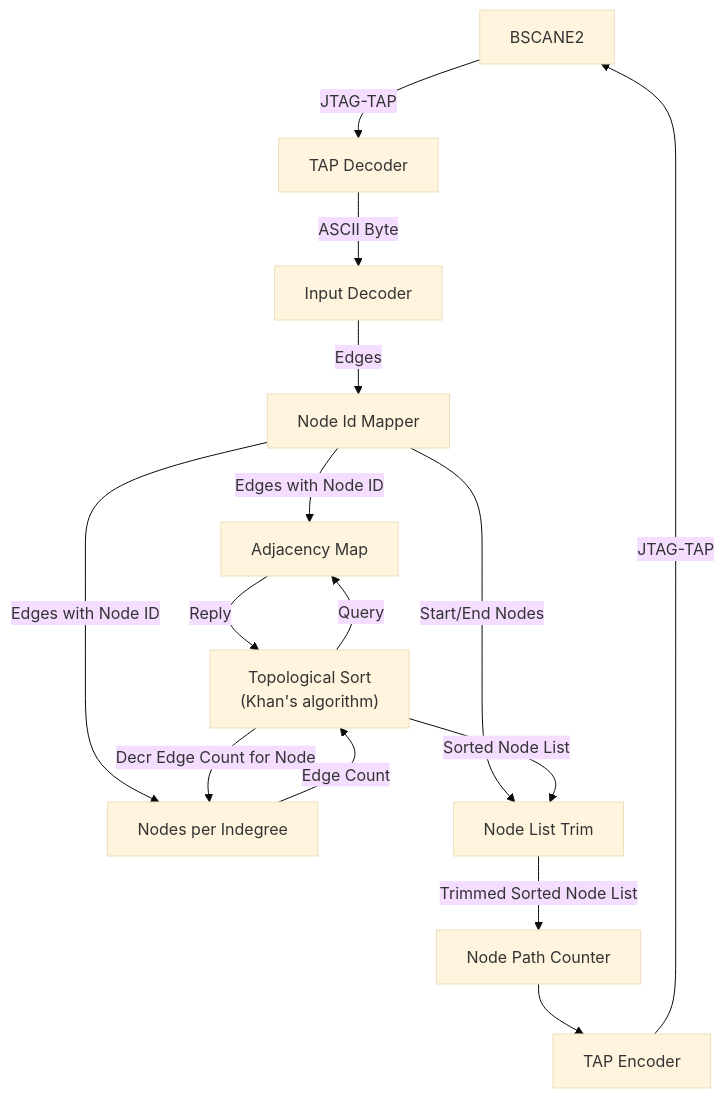
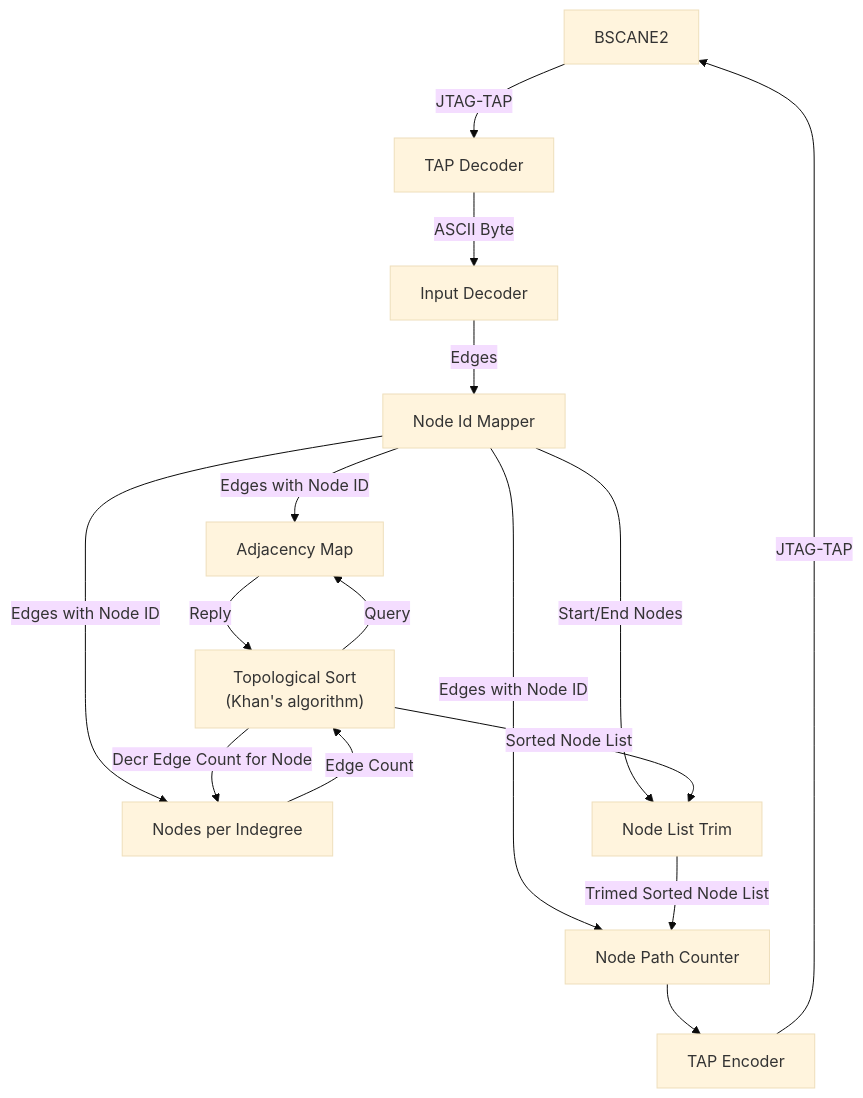
Before and after one commit to MatthieuMichon/aoc-rtl: the diagram in 25/11/README.md, drawn with Mermaid (base theme).

Commit message:
(day11.1) doc: Update diagram

````diff
--- a/25/11/README.md
+++ b/25/11/README.md
@@ -64,28 +64,29 @@
 ```mermaid
 flowchart
 tap["BSCANE2"]
 tap-dec["TAP Decoder"]
 dec["Input Decoder"]
 lut["Node Id Mapper"]
 adj["Adjacency Map"]
 indeg["Nodes per Indegree"]
 sort["Topological Sort<br>(Khan's algorithm)"]
 trim["Node List Trim"]
 path-cnt["Node Path Counter"]
 tap-enc["TAP Encoder"]
 
 tap --JTAG-TAP--> tap-dec
 tap-dec --ASCII Byte --> dec
 dec --Edges--> lut
 lut --Edges with Node ID--> adj
 lut --Edges with Node ID--> indeg
 sort --Decr Edge Count for Node--> indeg
 indeg --Edge Count--> sort
 sort --Query--> adj
 adj --Reply--> sort
 lut --Start/End Nodes--> trim
 sort --Sorted Node List--> trim
-trim --Trimmed Sorted Node List--> path-cnt
+lut --Edges with Node ID--> path-cnt
+trim --Trimed Sorted Node List--> path-cnt
 path-cnt --> tap-enc
 tap-enc --JTAG-TAP--> tap
 ```
````
